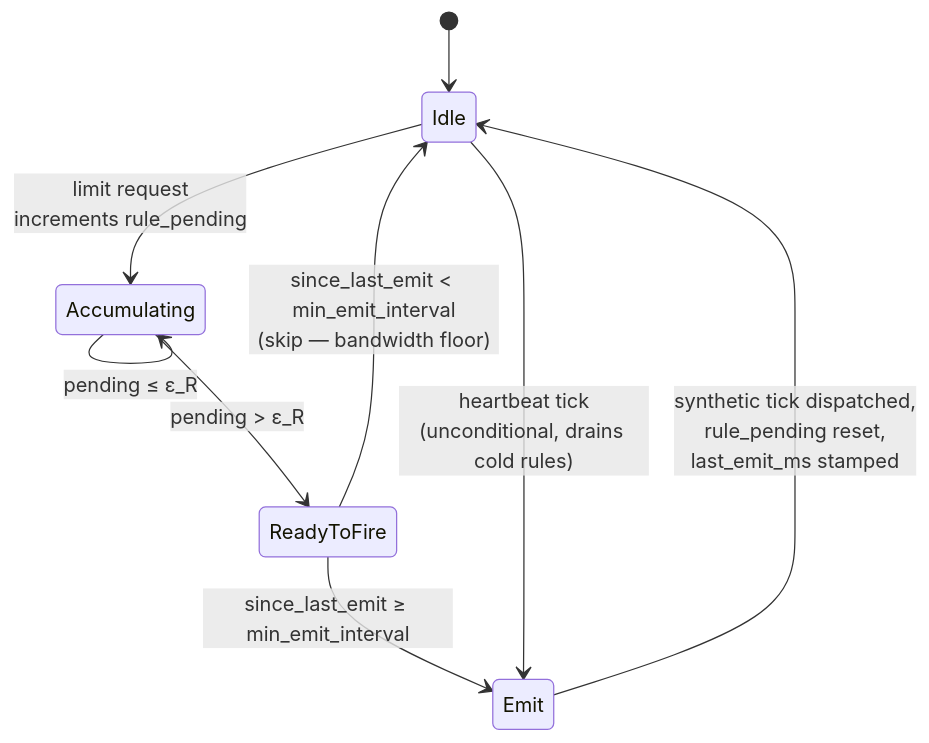
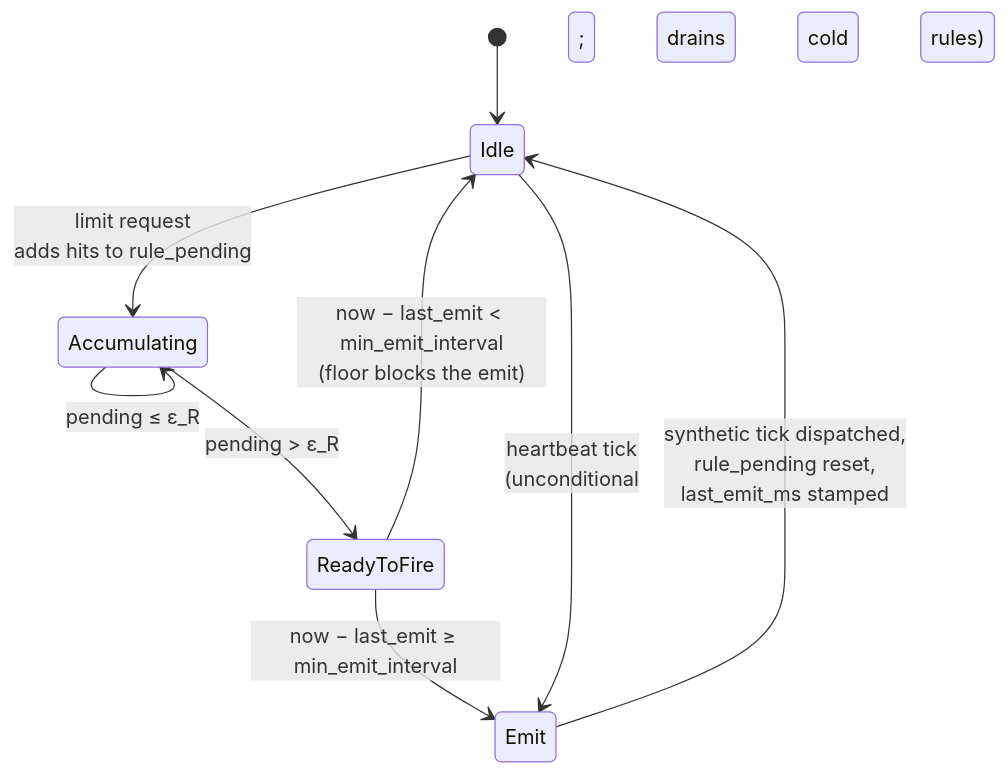
The second of 2 diagrams in crates/gabion/README.md (prosody-events/gabion), drawn with Mermaid before and after one commit. The commit also changed other lines of this file and 7 other files, not shown here.

````diff
--- a/crates/gabion/README.md
+++ b/crates/gabion/README.md
@@ -213,11 +277,11 @@
 ```mermaid
 stateDiagram-v2
     [*] --> Idle
-    Idle --> Accumulating: limit request<br/>increments rule_pending
+    Idle --> Accumulating: limit request<br/>adds hits to rule_pending
     Accumulating --> Accumulating: pending ≤ ε_R
     Accumulating --> ReadyToFire: pending > ε_R
-    ReadyToFire --> Idle: since_last_emit < min_emit_interval<br/>(skip — bandwidth floor)
-    ReadyToFire --> Emit: since_last_emit ≥ min_emit_interval
+    ReadyToFire --> Idle: now − last_emit < min_emit_interval<br/>(floor blocks the emit)
+    ReadyToFire --> Emit: now − last_emit ≥ min_emit_interval
     Emit --> Idle: synthetic tick dispatched,<br/>rule_pending reset,<br/>last_emit_ms stamped
-    Idle --> Emit: heartbeat tick<br/>(unconditional, drains cold rules)
+    Idle --> Emit: heartbeat tick<br/>(unconditional; drains cold rules)
 ```
````
